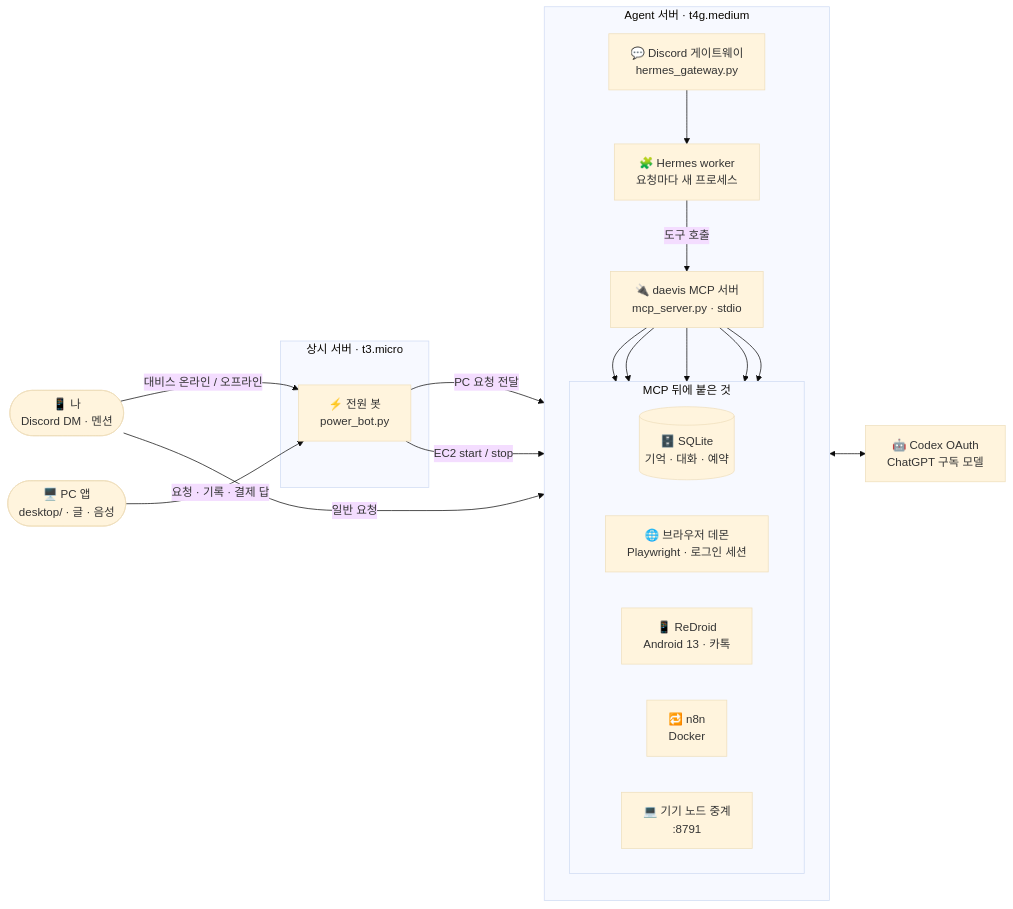
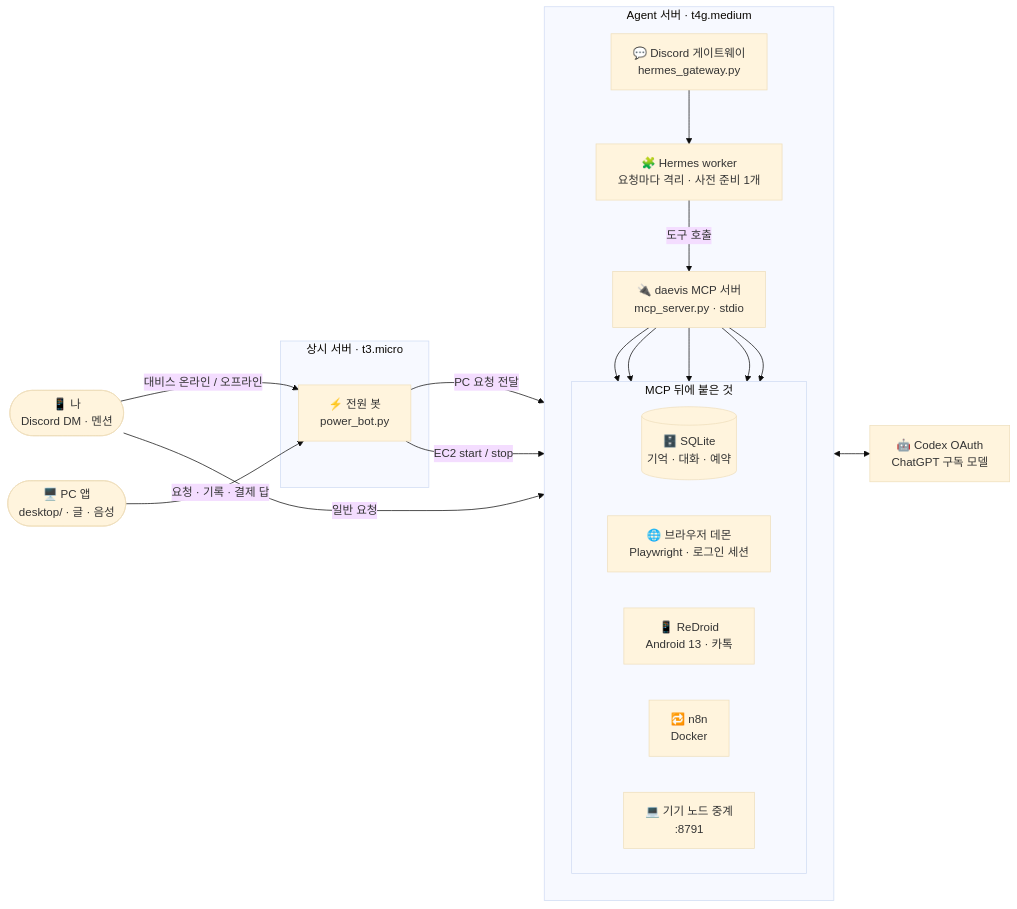
Before and after one commit to beans3142/personal-agent: the first of 3 diagrams in README.md, drawn with Mermaid (base theme). The commit also changed other lines of this file and 20 other files, not shown here.

````diff
--- a/README.md
+++ b/README.md
@@ -42,35 +43,35 @@
 ```mermaid
 flowchart LR
     me(["📱 나<br/>Discord DM · 멘션"])
     app(["🖥️ PC 앱<br/>desktop/ · 글 · 음성"])
     codex["🤖 Codex OAuth<br/>ChatGPT 구독 모델"]
 
     subgraph always["상시 서버 · t3.micro"]
         power["⚡ 전원 봇<br/>power_bot.py"]
     end
 
     subgraph agent["Agent 서버 · t4g.medium"]
         direction TB
         gw["💬 Discord 게이트웨이<br/>hermes_gateway.py"]
-        worker["🧩 Hermes worker<br/>요청마다 새 프로세스"]
+        worker["🧩 Hermes worker<br/>요청마다 격리 · 사전 준비 1개"]
         mcp["🔌 daevis MCP 서버<br/>mcp_server.py · stdio"]
         subgraph backends["MCP 뒤에 붙은 것"]
             direction LR
             db[("🗄️ SQLite<br/>기억 · 대화 · 예약")]
             browser["🌐 브라우저 데몬<br/>Playwright · 로그인 세션"]
             android["📱 ReDroid<br/>Android 13 · 카톡"]
             n8n["🔁 n8n<br/>Docker"]
             nodes["💻 기기 노드 중계<br/>:8791"]
         end
     end
 
     me -- "대비스 온라인 / 오프라인" --> power
     app -- "요청 · 기록 · 결제 답" --> power
     power -- "PC 요청 전달" --> gw
     power -- "EC2 start / stop" --> agent
     me -- "일반 요청" --> gw
     gw --> worker
     worker <--> codex
     worker -- "도구 호출" --> mcp
     mcp --> db & browser & android & n8n & nodes
 ```
````
